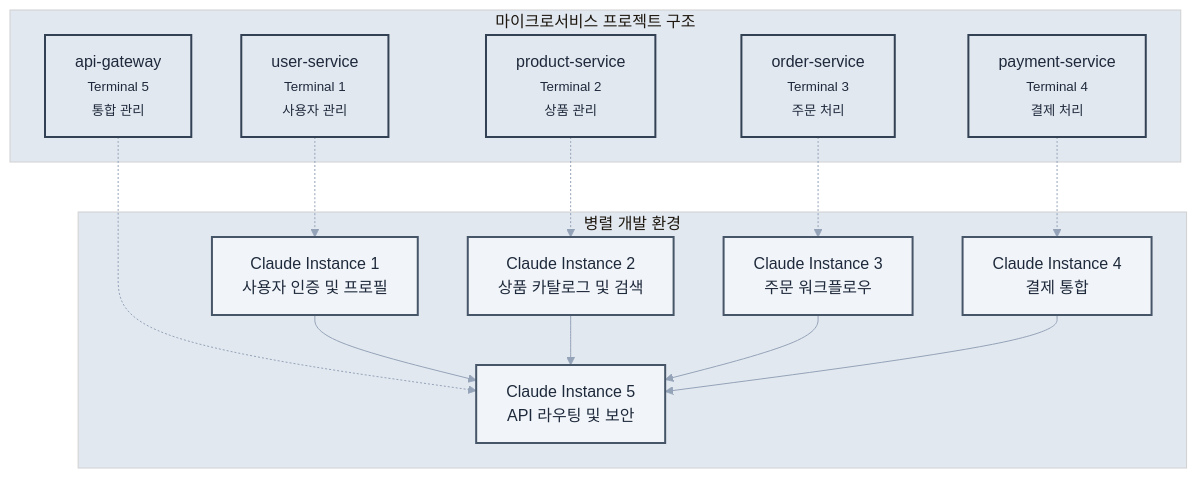
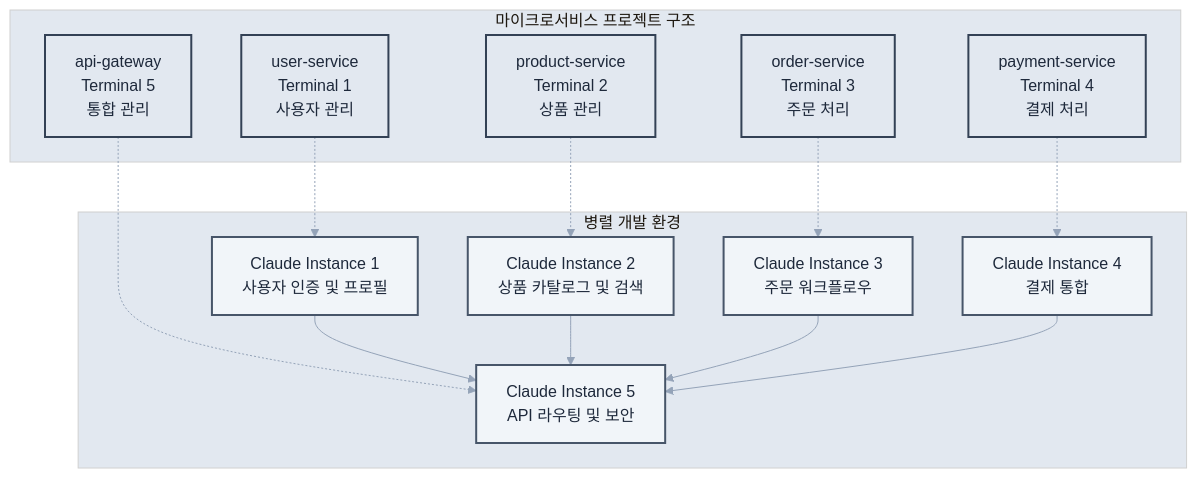
One commit to revfactory/claude-code-mastering changed the third of 4 diagrams in book/08-chapter8.md. Above: the diagram before and after it, drawn with Mermaid. The commit also changed other lines of this file and 10 other files, not shown here.

First line of the commit message:
fix: 챕터 2-13 Mermaid 다이어그램 텍스트 렌더링 최적화

````diff
--- a/book/08-chapter8.md
+++ b/book/08-chapter8.md
@@ -417,36 +417,36 @@
 ```mermaid
-%%{init: {"theme": "base", "themeVariables": {"primaryColor": "#f8fafc", "primaryTextColor": "#1e293b", "primaryBorderColor": "#e2e8f0", "lineColor": "#94a3b8", "secondaryColor": "#f1f5f9", "tertiaryColor": "#e2e8f0"}}}%%
+%%{init: {"theme": "base", "themeVariables": {"primaryColor": "#f8fafc", "primaryTextColor": "#1e293b", "primaryBorderColor": "#e2e8f0", "lineColor": "#94a3b8", "secondaryColor": "#f1f5f9", "tertiaryColor": "#e2e8f0"}, "flowchart": {"htmlLabels": false, "useMaxWidth": false}}}%%
 graph TB
     subgraph project [마이크로서비스 프로젝트 구조]
-        A[user-service<br/><small>Terminal 1<br/>사용자 관리</small>]
-        B[product-service<br/><small>Terminal 2<br/>상품 관리</small>]
-        C[order-service<br/><small>Terminal 3<br/>주문 처리</small>]
-        D[payment-service<br/><small>Terminal 4<br/>결제 처리</small>]
-        E[api-gateway<br/><small>Terminal 5<br/>통합 관리</small>]
+        A[user-service<br/>Terminal 1<br/>사용자 관리]
+        B[product-service<br/>Terminal 2<br/>상품 관리]
+        C[order-service<br/>Terminal 3<br/>주문 처리]
+        D[payment-service<br/>Terminal 4<br/>결제 처리]
+        E[api-gateway<br/>Terminal 5<br/>통합 관리]
     end
     
     subgraph terminals [병렬 개발 환경]
         T1[Claude Instance 1<br/>사용자 인증 및 프로필]
         T2[Claude Instance 2<br/>상품 카탈로그 및 검색]
         T3[Claude Instance 3<br/>주문 워크플로우]
         T4[Claude Instance 4<br/>결제 통합]
         T5[Claude Instance 5<br/>API 라우팅 및 보안]
     end
     
     A -.-> T1
     B -.-> T2
     C -.-> T3
     D -.-> T4
     E -.-> T5
     
     T1 --> T5
     T2 --> T5
     T3 --> T5
     T4 --> T5
     
     classDef serviceStyle fill:#e2e8f0,stroke:#334155,stroke-width:2px,color:#1e293b
     classDef terminalStyle fill:#f1f5f9,stroke:#475569,stroke-width:2px,color:#1e293b
     
     class A,B,C,D,E serviceStyle
     class T1,T2,T3,T4,T5 terminalStyle
 ```
````
